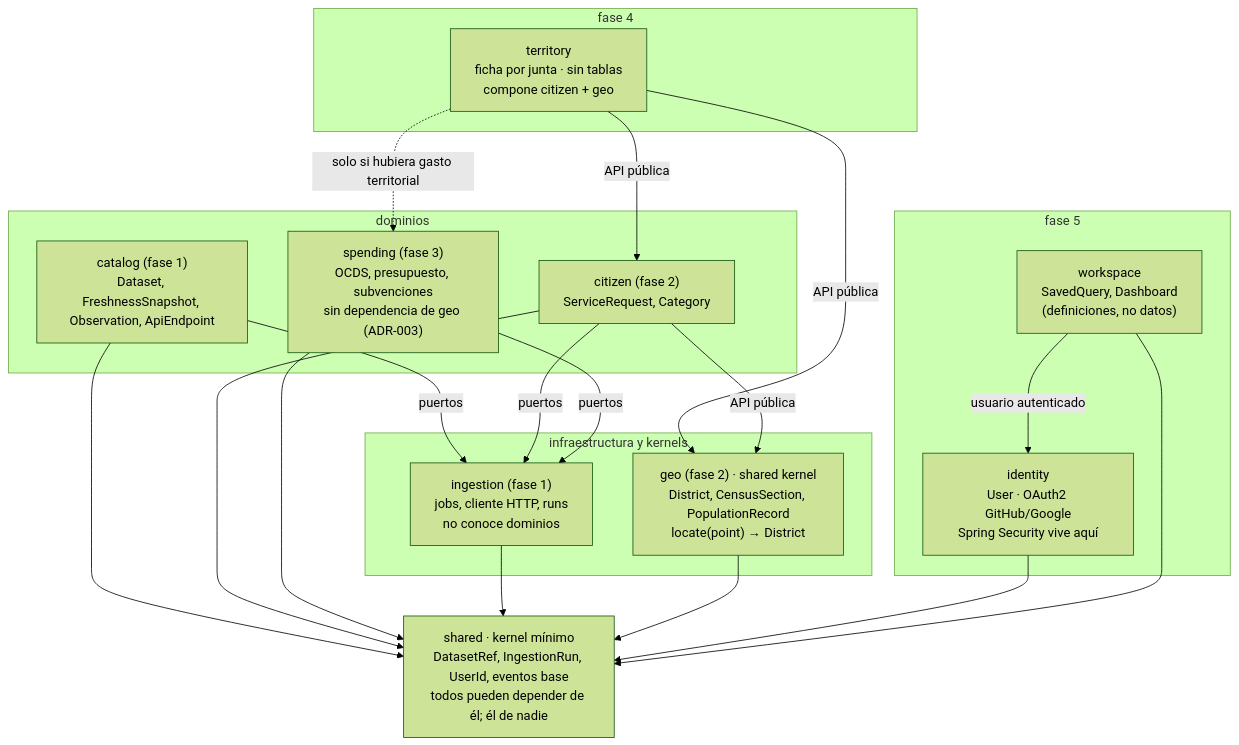
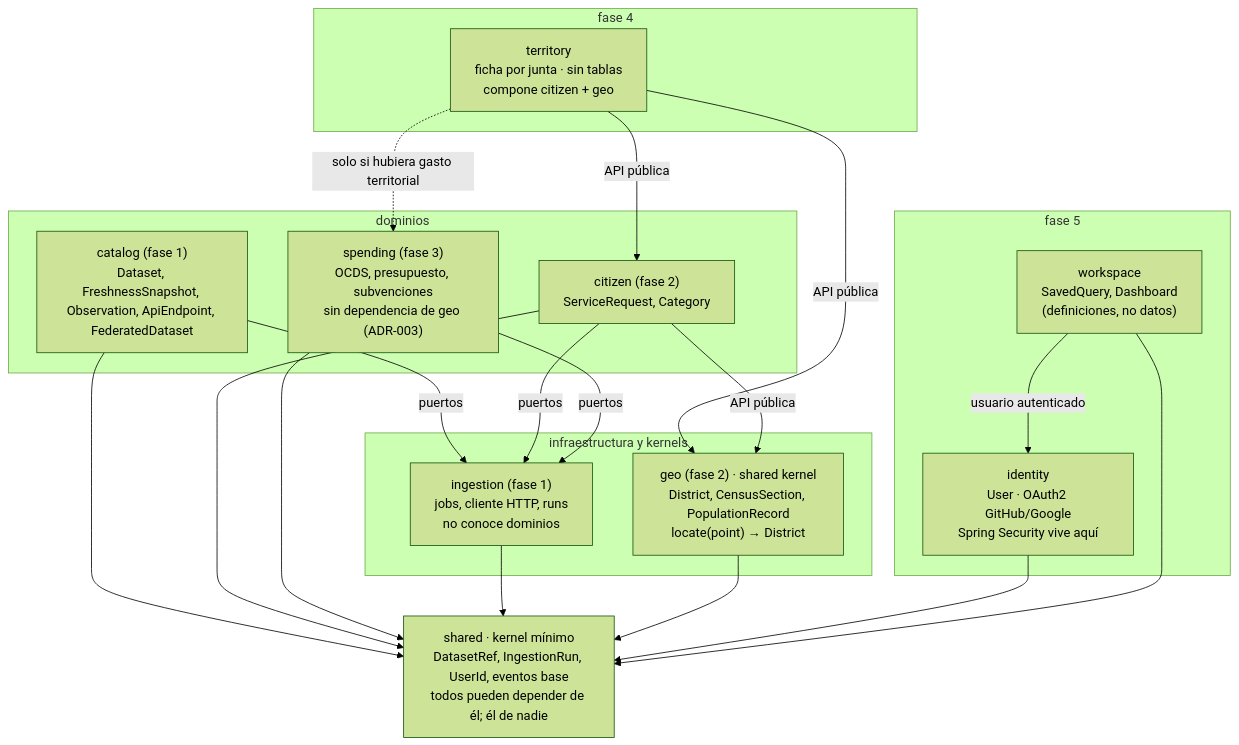
The second of 3 diagrams in docs/arquitectura.md (MarioNaya/zaragoza-observatorio), drawn with Mermaid (forest theme) before and after one commit. The commit also changed other lines of this file and 4 other files, not shown here.

````diff
--- a/docs/arquitectura.md
+++ b/docs/arquitectura.md
@@ -64,30 +65,30 @@
 ```mermaid
 flowchart TB
   subgraph F5["fase 5"]
     WS["workspace<br/>SavedQuery, Dashboard<br/>(definiciones, no datos)"]
     ID["identity<br/>User · OAuth2 GitHub/Google<br/>Spring Security vive aquí"]
   end
   subgraph F4["fase 4"]
     TER["territory<br/>ficha por junta · sin tablas<br/>compone citizen + geo"]
   end
   subgraph DOM["dominios"]
-    CATM["catalog (fase 1)<br/>Dataset, FreshnessSnapshot, Observation, ApiEndpoint"]
+    CATM["catalog (fase 1)<br/>Dataset, FreshnessSnapshot, Observation, ApiEndpoint, FederatedDataset"]
     CIT["citizen (fase 2)<br/>ServiceRequest, Category"]
     SPE["spending (fase 3)<br/>OCDS, presupuesto, subvenciones<br/>sin dependencia de geo (ADR-003)"]
   end
   subgraph INFRA["infraestructura y kernels"]
     INGM["ingestion (fase 1)<br/>jobs, cliente HTTP, runs<br/>no conoce dominios"]
     GEO["geo (fase 2) · shared kernel<br/>District, CensusSection, PopulationRecord<br/>locate(point) → District"]
   end
   SH["shared · kernel mínimo<br/>DatasetRef, IngestionRun, UserId, eventos base<br/>todos pueden depender de él; él de nadie"]
 
   WS -- "usuario autenticado" --> ID
   TER -- "API pública" --> CIT
   TER -- "API pública" --> GEO
   TER -. "solo si hubiera gasto territorial" .-> SPE
   CATM -- "puertos" --> INGM
   CIT -- "puertos" --> INGM
   SPE -- "puertos" --> INGM
   CIT -- "API pública" --> GEO
   CATM & CIT & SPE & INGM & GEO & ID & WS --> SH
 ```
````
